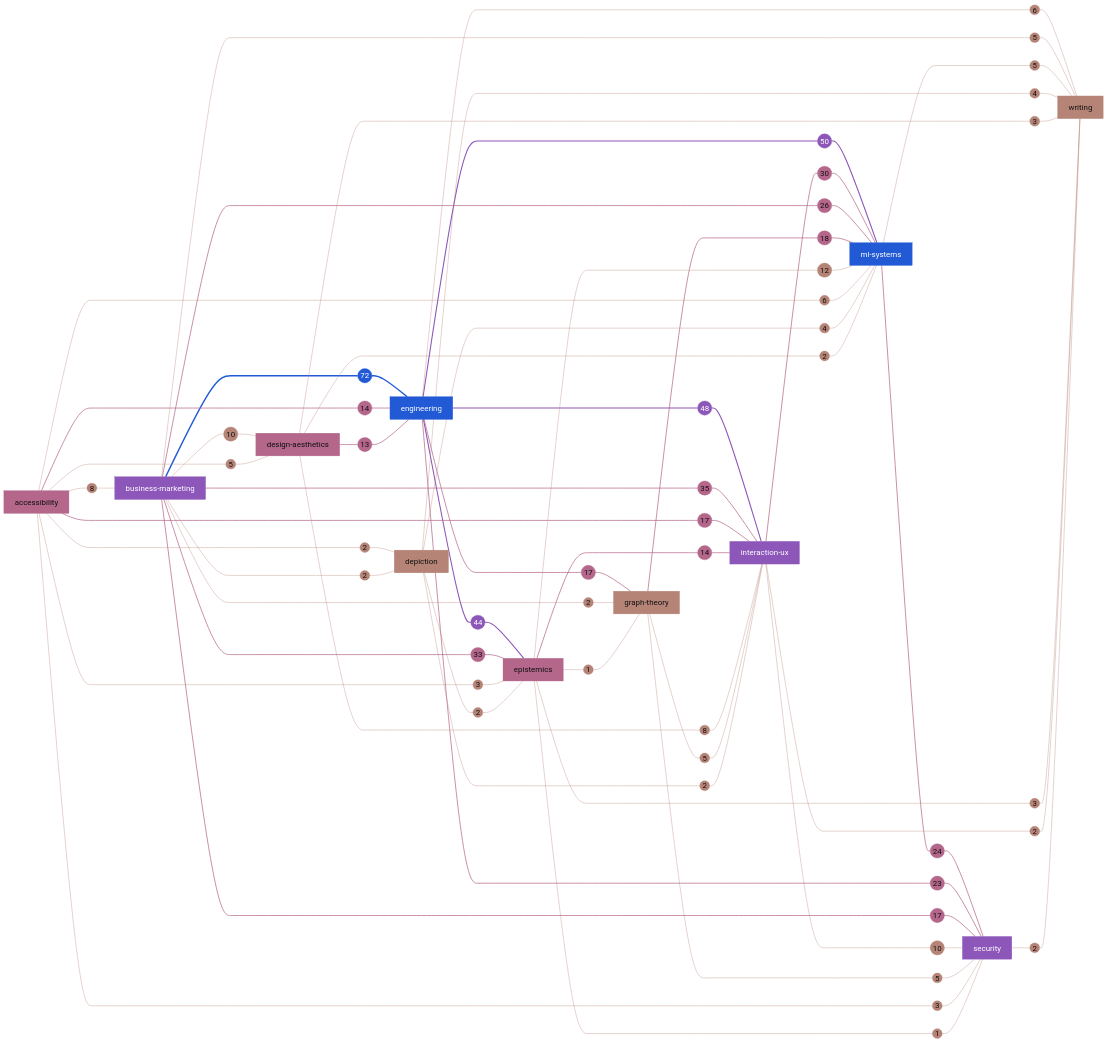
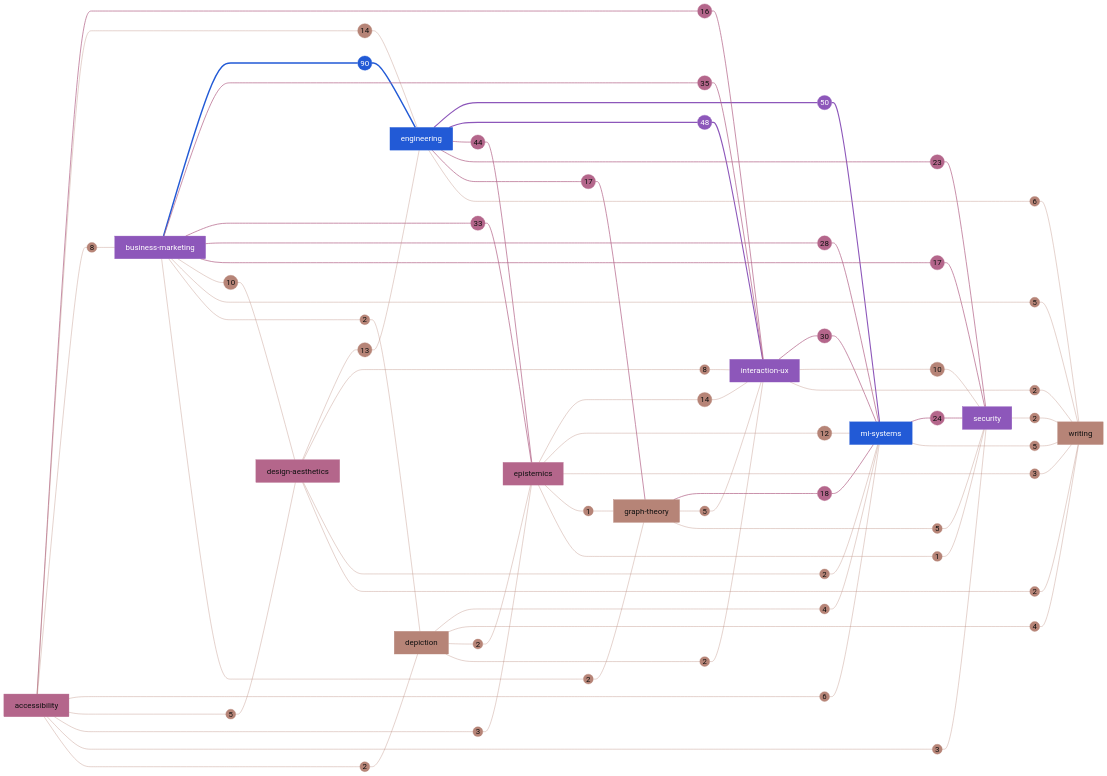
Before and after one commit to darce/heuristics-canon: the first of 2 diagrams in GRAPH.md, drawn with Mermaid. The commit also changed other lines of this file and 27 other files, not shown here.

````diff
--- a/GRAPH.md
+++ b/GRAPH.md
@@ -35,7 +35,7 @@
   ml_systems["ml-systems"]
   security["security"]
   writing["writing"]
-  business_marketing --- W_business_marketing__engineering((72))
+  business_marketing --- W_business_marketing__engineering((90))
   W_business_marketing__engineering --- engineering
   engineering --- W_engineering__ml_systems((50))
   W_engineering__ml_systems --- ml_systems
@@ -49,7 +49,7 @@
   W_business_marketing__epistemics --- epistemics
   interaction_ux --- W_interaction_ux__ml_systems((30))
   W_interaction_ux__ml_systems --- ml_systems
-  business_marketing --- W_business_marketing__ml_systems((26))
+  business_marketing --- W_business_marketing__ml_systems((28))
   W_business_marketing__ml_systems --- ml_systems
   ml_systems --- W_ml_systems__security((24))
   W_ml_systems__security --- security
@@ -57,12 +57,12 @@
   W_engineering__security --- security
   graph_theory --- W_graph_theory__ml_systems((18))
   W_graph_theory__ml_systems --- ml_systems
-  accessibility --- W_accessibility__interaction_ux((17))
-  W_accessibility__interaction_ux --- interaction_ux
   business_marketing --- W_business_marketing__security((17))
   W_business_marketing__security --- security
   engineering --- W_engineering__graph_theory((17))
   W_engineering__graph_theory --- graph_theory
+  accessibility --- W_accessibility__interaction_ux((16))
+  W_accessibility__interaction_ux --- interaction_ux
   accessibility --- W_accessibility__engineering((14))
   W_accessibility__engineering --- engineering
   epistemics --- W_epistemics__interaction_ux((14))
@@ -101,8 +101,6 @@
   W_accessibility__epistemics --- epistemics
   accessibility --- W_accessibility__security((3))
   W_accessibility__security --- security
-  design_aesthetics --- W_design_aesthetics__writing((3))
-  W_design_aesthetics__writing --- writing
   epistemics --- W_epistemics__writing((3))
   W_epistemics__writing --- writing
   accessibility --- W_accessibility__depiction((2))
@@ -117,6 +115,8 @@
   W_depiction__interaction_ux --- interaction_ux
   design_aesthetics --- W_design_aesthetics__ml_systems((2))
   W_design_aesthetics__ml_systems --- ml_systems
+  design_aesthetics --- W_design_aesthetics__writing((2))
+  W_design_aesthetics__writing --- writing
   interaction_ux --- W_interaction_ux__writing((2))
   W_interaction_ux__writing --- writing
   security --- W_security__writing((2))
@@ -129,12 +129,12 @@
   classDef seq_1 fill:#B4668B,color:#111111,stroke:#B4668B
   classDef seq_2 fill:#8D57BA,color:#FFFFFF,stroke:#8D57BA
   classDef seq_3 fill:#225AD6,color:#FFFFFF,stroke:#225AD6
-  class depiction,graph_theory,writing,W_epistemics__ml_systems,W_business_marketing__design_aesthetics,W_interaction_ux__security,W_accessibility__business_marketing,W_design_aesthetics__interaction_ux,W_accessibility__ml_systems,W_engineering__writing,W_accessibility__design_aesthetics,W_business_marketing__writing,W_graph_theory__interaction_ux,W_graph_theory__security,W_ml_systems__writing,W_depiction__ml_systems,W_depiction__writing,W_accessibility__epistemics,W_accessibility__security,W_design_aesthetics__writing,W_epistemics__writing,W_accessibility__depiction,W_business_marketing__depiction,W_business_marketing__graph_theory,W_depiction__epistemics,W_depiction__interaction_ux,W_design_aesthetics__ml_systems,W_interaction_ux__writing,W_security__writing,W_epistemics__graph_theory,W_epistemics__security seq_0
-  class accessibility,design_aesthetics,epistemics,W_business_marketing__interaction_ux,W_business_marketing__epistemics,W_interaction_ux__ml_systems,W_business_marketing__ml_systems,W_ml_systems__security,W_engineering__security,W_graph_theory__ml_systems,W_accessibility__interaction_ux,W_business_marketing__security,W_engineering__graph_theory,W_accessibility__engineering,W_epistemics__interaction_ux,W_design_aesthetics__engineering seq_1
-  class business_marketing,interaction_ux,security,W_engineering__ml_systems,W_engineering__interaction_ux,W_engineering__epistemics seq_2
+  class depiction,graph_theory,writing,W_accessibility__engineering,W_epistemics__interaction_ux,W_design_aesthetics__engineering,W_epistemics__ml_systems,W_business_marketing__design_aesthetics,W_interaction_ux__security,W_accessibility__business_marketing,W_design_aesthetics__interaction_ux,W_accessibility__ml_systems,W_engineering__writing,W_accessibility__design_aesthetics,W_business_marketing__writing,W_graph_theory__interaction_ux,W_graph_theory__security,W_ml_systems__writing,W_depiction__ml_systems,W_depiction__writing,W_accessibility__epistemics,W_accessibility__security,W_epistemics__writing,W_accessibility__depiction,W_business_marketing__depiction,W_business_marketing__graph_theory,W_depiction__epistemics,W_depiction__interaction_ux,W_design_aesthetics__ml_systems,W_design_aesthetics__writing,W_interaction_ux__writing,W_security__writing,W_epistemics__graph_theory,W_epistemics__security seq_0
+  class accessibility,design_aesthetics,epistemics,W_engineering__epistemics,W_business_marketing__interaction_ux,W_business_marketing__epistemics,W_interaction_ux__ml_systems,W_business_marketing__ml_systems,W_ml_systems__security,W_engineering__security,W_graph_theory__ml_systems,W_business_marketing__security,W_engineering__graph_theory,W_accessibility__interaction_ux seq_1
+  class business_marketing,interaction_ux,security,W_engineering__ml_systems,W_engineering__interaction_ux seq_2
   class engineering,ml_systems,W_business_marketing__engineering seq_3
   linkStyle 0,1 stroke:#225AD6,stroke-width:4px
-  linkStyle 2,3,4,5,6,7 stroke:#8D57BA,stroke-width:3px
-  linkStyle 8,9,10,11,12,13,14,15,16,17,18,19,20,21,22,23,24,25,26,27,28,29,30,31,32,33 stroke:#B4668B,stroke-width:2px
-  linkStyle 34,35,36,37,38,39,40,41,42,43,44,45,46,47,48,49,50,51,52,53,54,55,56,57,58,59,60,61,62,63,64,65,66,67,68,69,70,71,72,73,74,75,76,77,78,79,80,81,82,83,84,85,86,87,88,89 stroke:#B68477,stroke-width:1px
+  linkStyle 2,3,4,5 stroke:#8D57BA,stroke-width:3px
+  linkStyle 6,7,8,9,10,11,12,13,14,15,16,17,18,19,20,21,22,23,24,25,26,27 stroke:#B4668B,stroke-width:2px
+  linkStyle 28,29,30,31,32,33,34,35,36,37,38,39,40,41,42,43,44,45,46,47,48,49,50,51,52,53,54,55,56,57,58,59,60,61,62,63,64,65,66,67,68,69,70,71,72,73,74,75,76,77,78,79,80,81,82,83,84,85,86,87,88,89 stroke:#B68477,stroke-width:1px
 ```
````
